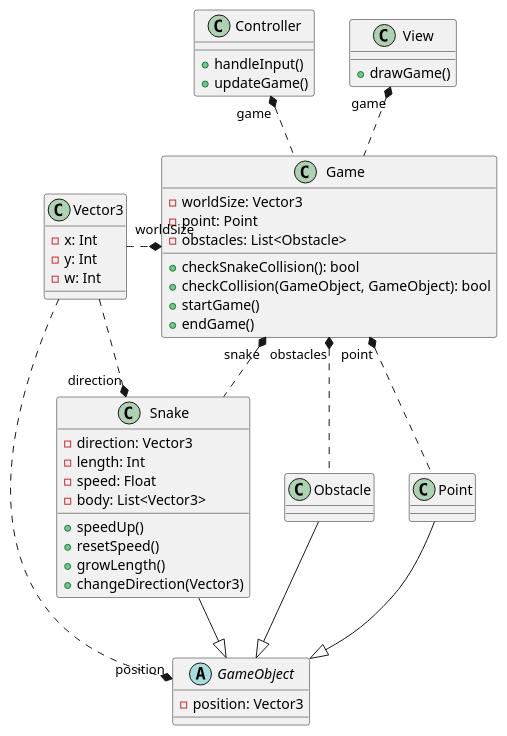
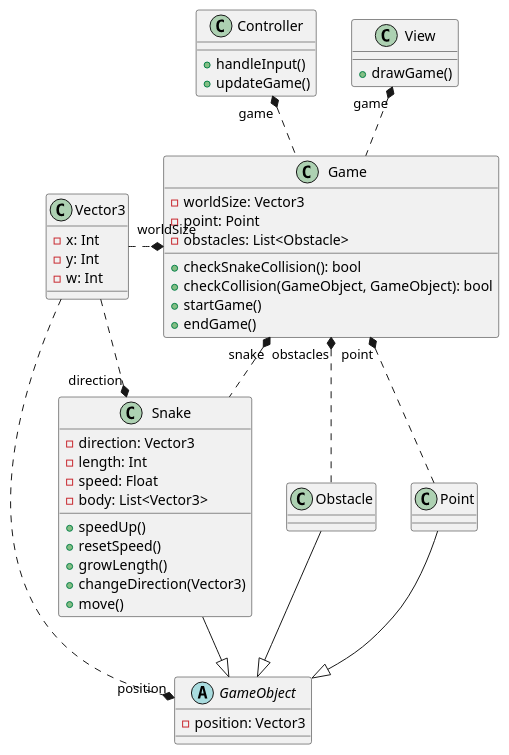
Before and after one commit to szmoli/kt_snake: the diagram in diagrams/classDiagram.puml, drawn with PlantUML.

Commit message:
added move to snake

```diff
--- a/diagrams/classDiagram.puml
+++ b/diagrams/classDiagram.puml
@@ -1,69 +1,70 @@
 @startuml classDiagram
 skinparam groupInheritance 2
 
 ' Game classes
 class Game {
     + checkSnakeCollision(): bool
     + checkCollision(GameObject, GameObject): bool
     + startGame()
     + endGame()
 
     - worldSize: Vector3
     - point: Point
     - obstacles: List<Obstacle>
 }
 
 abstract GameObject {
     - position: Vector3
 }
 
 class Snake {
     + speedUp()
     + resetSpeed()
     + growLength()
     + changeDirection(Vector3)
+    + move()
 
     - direction: Vector3
     - length: Int
     - speed: Float
     - body: List<Vector3>
 }
 
 class Point {
 }
 
 class Obstacle {
 }
 
 ' Util classes
 class Controller {
     + handleInput()
     + updateGame()
 }
 
 class View {
     + drawGame()
 }
 
 class Vector3 {
     - x: Int
     - y: Int
     - w: Int
 }
 
 ' Inheritance
 GameObject <|-up- Point
 GameObject <|-up- Obstacle
 GameObject <|-up- Snake
 
 ' Associations
 Game "snake" *.. Snake
 Game "point" *.. Point
 Game "obstacles" *.. Obstacle
 Game "worldSize" *.left. Vector3
 GameObject "position" *.left. Vector3
 Snake "direction" *.left. Vector3
 View "game" *.. Game
 Controller "game" *.. Game
 
 @enduml
```
